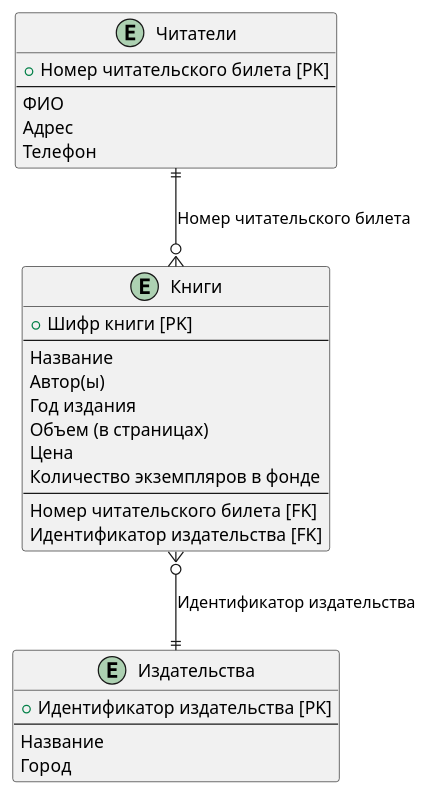
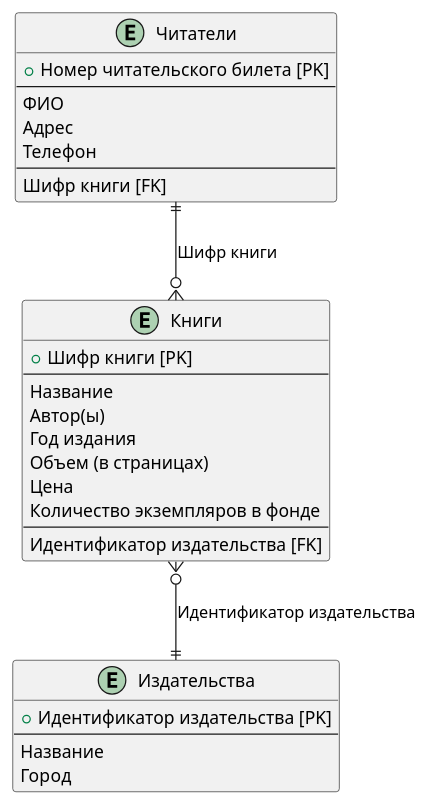
The diagram in PlantUML_file/library_add_new_row.puml (Rastorguev763/library_example), drawn with PlantUML before and after one commit. The commit also changed 4 other files, not shown here.

```diff
--- a/PlantUML_file/library_add_new_row.puml
+++ b/PlantUML_file/library_add_new_row.puml
@@ -1,36 +1,37 @@
 @startuml library
 scale 1
 
 entity "Читатели" as readers {
   + Номер читательского билета [PK]
   --
   ФИО
   Адрес
   Телефон
+  --
+  Шифр книги [FK]
 }
 
 entity "Книги" as books {
   + Шифр книги [PK]
   --
   Название
   Автор(ы)
   Год издания
   Объем (в страницах)
   Цена
   Количество экземпляров в фонде
   --
-  Номер читательского билета [FK]
   Идентификатор издательства [FK]
 }
 
 entity "Издательства" as publishers {
   + Идентификатор издательства [PK]
   --
   Название
   Город
 }
 
-readers ||--o{ books : Номер читательского билета
+readers ||--o{ books : Шифр книги
 books }o--|| publishers : Идентификатор издательства
 
 @enduml
```
